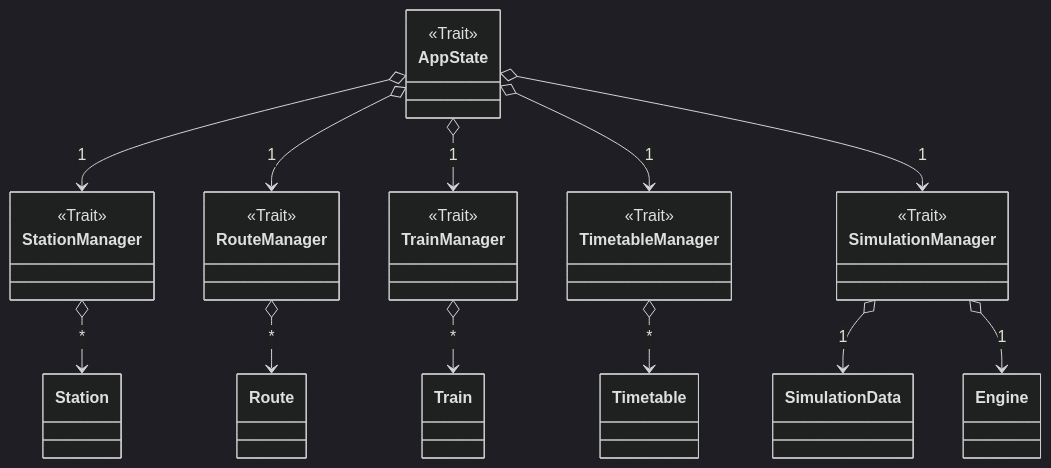
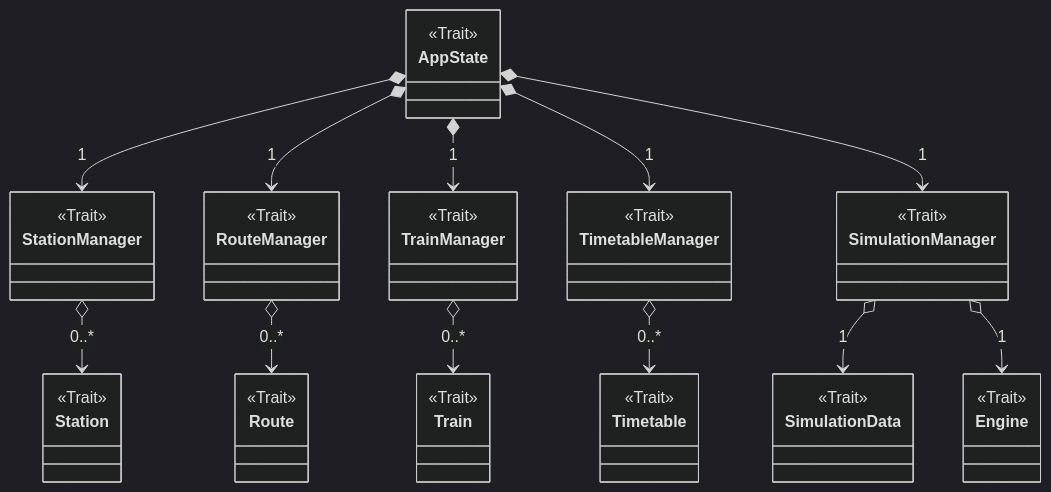
Before and after one commit to dev-pps/pps-23-ulisse: the first of 19 diagrams in docs/report/4-details-design.md, drawn with Mermaid (dark theme). The commit also changed other lines of this file, not shown here.

````diff
--- a/docs/report/4-details-design.md
+++ b/docs/report/4-details-design.md
@@ -44,41 +44,48 @@
 ```mermaid
 classDiagram
     direction BT
     class AppState
 
     class StationManager
     class RouteManager
     class TrainManager
     class TimetableManager
     class SimulationManager
 
     class Station
     class Route
     class Train
     class Timetable
     class SimulationData
     class Engine
 
+    <<Trait>> Station
+    <<Trait>> Route
+    <<Trait>> Train
+    <<Trait>> Timetable
+    <<Trait>> SimulationData
+    <<Trait>> Engine
+
     <<Trait>> AppState
     <<Trait>> StationManager
     <<Trait>> RouteManager
     <<Trait>> TrainManager
     <<Trait>> TimetableManager
     <<Trait>> SimulationManager
     <<Trait>> StationManager
     <<Trait>> RouteManager
     <<Trait>> TrainManager
     <<Trait>> TimetableManager
     <<Trait>> SimulationManager
-    Station <--o StationManager: *
-    Route <--o RouteManager: *
-    Train <--o TrainManager: *
-    Timetable <--o TimetableManager: *
+    Station <--o StationManager: 0..*
+    Route <--o RouteManager: 0..*
+    Train <--o TrainManager: 0..*
+    Timetable <--o TimetableManager: 0..*
     SimulationData <--o SimulationManager: 1
     Engine <--o SimulationManager: 1
-    StationManager <--o AppState: 1
-    RouteManager <--o AppState: 1
-    TrainManager <--o AppState: 1
-    TimetableManager <--o AppState: 1
-    SimulationManager <--o AppState: 1
+    StationManager <--* AppState: 1
+    RouteManager <--* AppState: 1
+    TrainManager <--* AppState: 1
+    TimetableManager <--* AppState: 1
+    SimulationManager <--* AppState: 1
 ```
````
